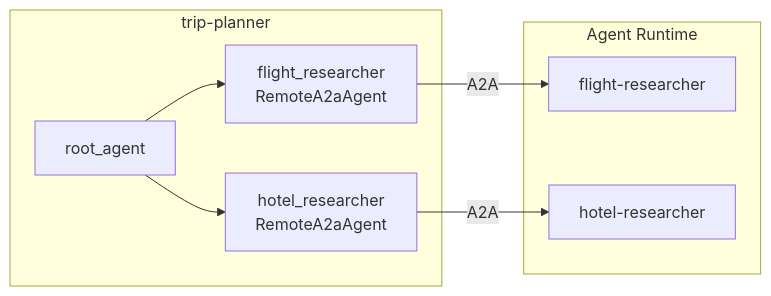
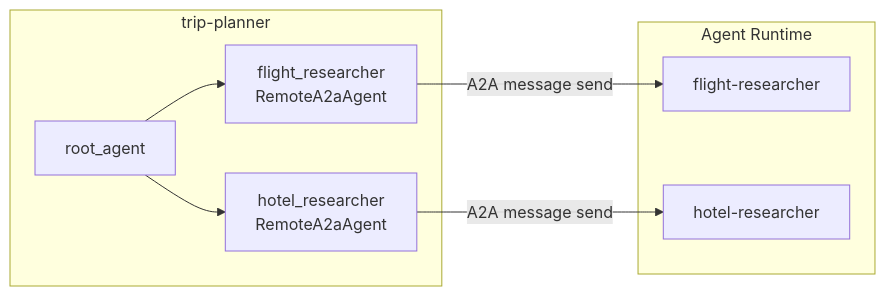
The fifth of 6 diagrams in docs/guides/00-overview.md (yu-iskw/agent-cli-demo), drawn with Mermaid before and after one commit. The commit also changed other lines of this file and 22 other files, not shown here.

````diff
--- a/docs/guides/00-overview.md
+++ b/docs/guides/00-overview.md
@@ -120,18 +192,18 @@
 ```mermaid
 flowchart LR
   subgraph Orchestrator["trip-planner"]
     Root["root_agent"]
     RA1["flight_researcher<br/>RemoteA2aAgent"]
     RA2["hotel_researcher<br/>RemoteA2aAgent"]
     Root --> RA1
     Root --> RA2
   end
 
   subgraph Specialists["Agent Runtime"]
     F["flight-researcher"]
     H["hotel-researcher"]
   end
 
-  RA1 -->|"A2A"| F
-  RA2 -->|"A2A"| H
+  RA1 -->|"A2A message send"| F
+  RA2 -->|"A2A message send"| H
 ```
````
